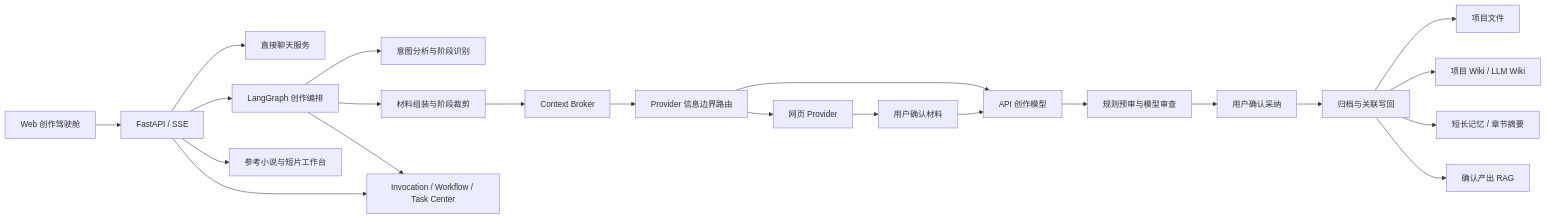
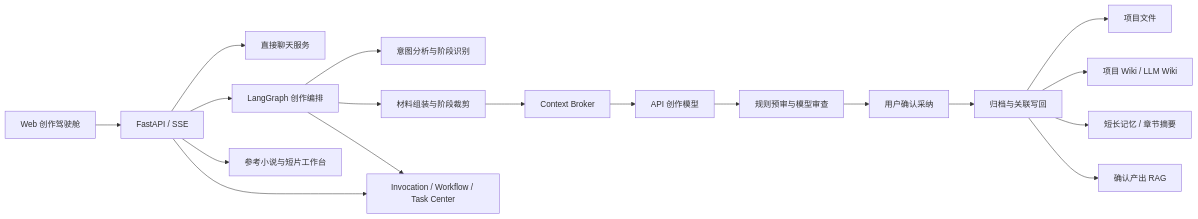
Before and after one commit to Peter-So/Agentic-Writing-Workbench: the first of 3 diagrams in projects/writing/DETAILED-DESIGN.md, drawn with Mermaid. The commit also changed other lines of this file and 72 other files, not shown here.

````diff
--- a/projects/writing/DETAILED-DESIGN.md
+++ b/projects/writing/DETAILED-DESIGN.md
@@ -82,27 +81,23 @@
 ```mermaid
 flowchart LR
     UI[Web 创作驾驶舱] --> API[FastAPI / SSE]
     API --> CHAT[直接聊天服务]
     API --> GRAPH[LangGraph 创作编排]
     API --> WORKBENCH[参考小说与短片工作台]
 
     GRAPH --> ANALYZE[意图分析与阶段识别]
     GRAPH --> ASSEMBLY[材料组装与阶段裁剪]
     ASSEMBLY --> BROKER[Context Broker]
-    BROKER --> ROUTER[Provider 信息边界路由]
-    ROUTER --> WEBPROVIDER[网页 Provider]
-    ROUTER --> LLM[API 创作模型]
-    WEBPROVIDER --> HUMAN1[用户确认材料]
-    HUMAN1 --> LLM
+    BROKER --> LLM[API 创作模型]
     LLM --> REVIEW[规则预审与模型审查]
     REVIEW --> HUMAN2[用户确认采纳]
 
     HUMAN2 --> WRITEBACK[归档与关联写回]
     WRITEBACK --> FILES[项目文件]
     WRITEBACK --> WIKI[项目 Wiki / LLM Wiki]
     WRITEBACK --> MEMORY[短长记忆 / 章节摘要]
     WRITEBACK --> RAG[确认产出 RAG]
 
     GRAPH --> TRACE[Invocation / Workflow / Task Center]
     API --> TRACE
 ```
````
